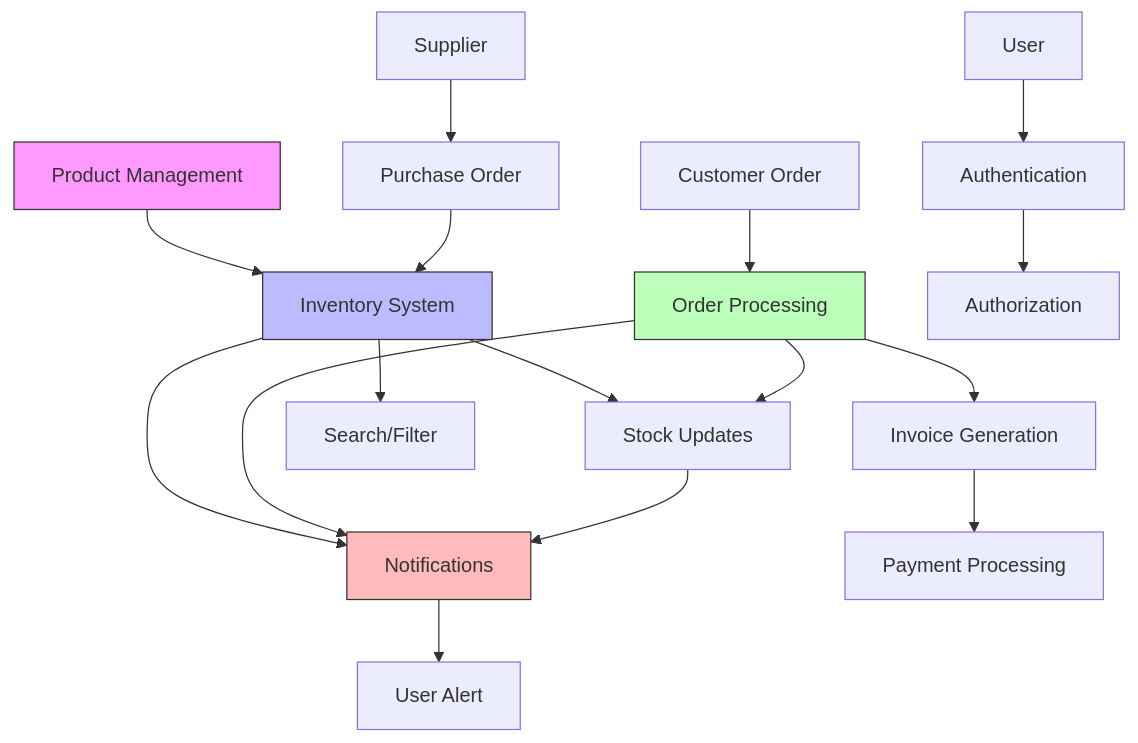
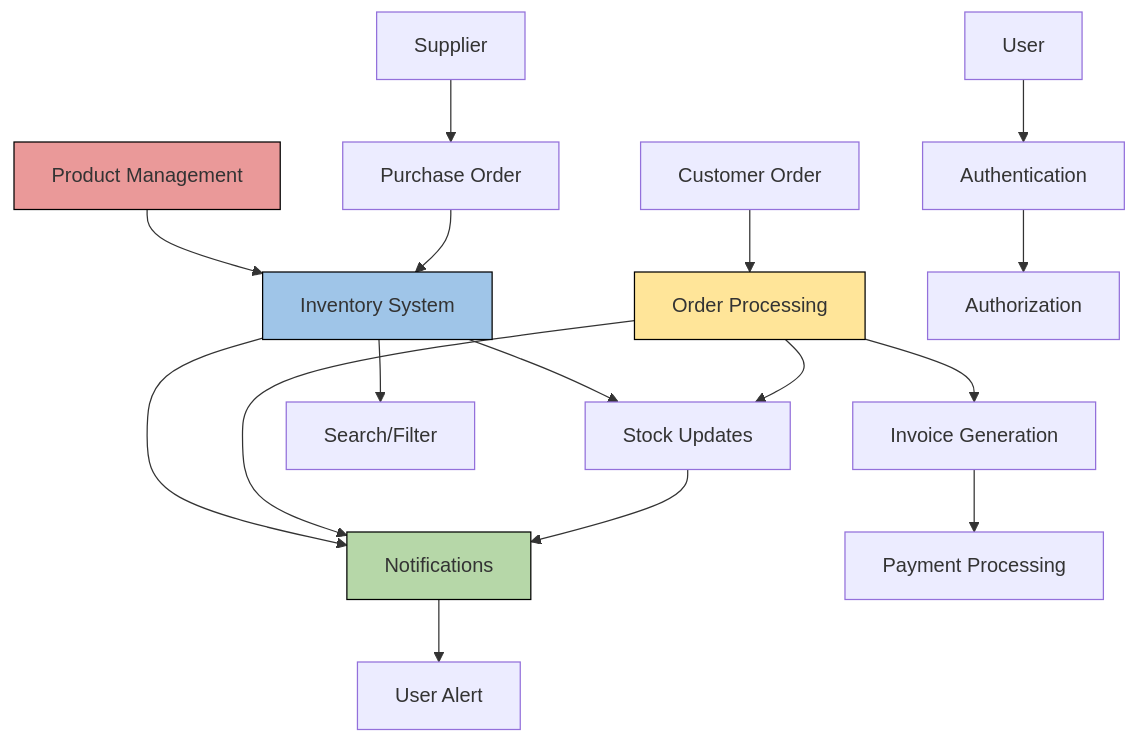
The diagram in README.md (somshivgupta/Software-Testing-Project), drawn with Mermaid before and after one commit.

Commit message:
Colours of mermaid diagram updated

````diff
--- a/README.md
+++ b/README.md
@@ -254,30 +254,30 @@
 ```mermaid
 graph TD
     A[Product Management] --> B[Inventory System]
     B --> C[Stock Updates]
     
     D[Customer Order] --> E[Order Processing]
     E --> C
     E --> F[Invoice Generation]
     
     G[Supplier] --> H[Purchase Order]
     H --> B
     
     B --> I[Notifications]
     E --> I
     
     J[User] --> K[Authentication]
     K --> L[Authorization]
     
     B --> M[Search/Filter]
     
     F --> N[Payment Processing]
     
     C --> I
     I --> O[User Alert]
     
-    style A fill:#f9f,stroke:#333
-    style B fill:#bbf,stroke:#333
-    style E fill:#bfb,stroke:#333
-    style I fill:#fbb,stroke:#333
+    style A fill:#ea9999,stroke:#000
+    style B fill:#9fc5e8,stroke:#000
+    style E fill:#ffe599,stroke:#000
+    style I fill:#b6d7a8,stroke:#000
 ```
````
